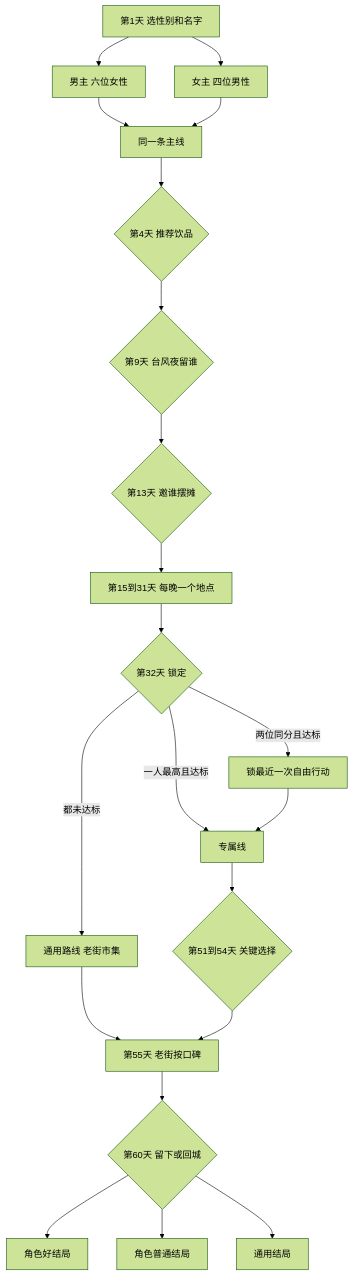
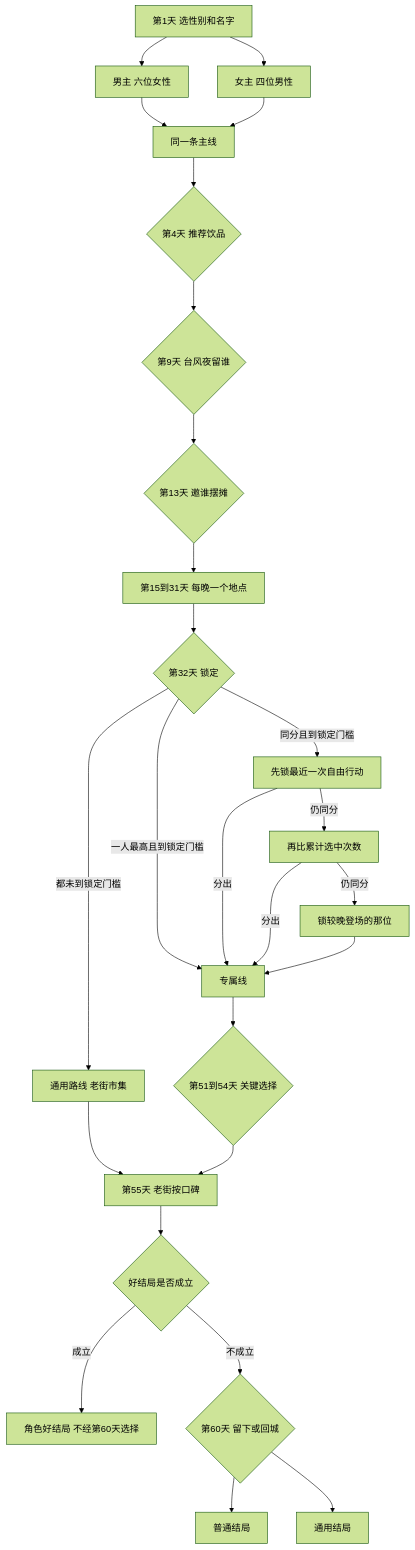
One commit to GmhLovEDM/grok-prototype changed the first of 2 diagrams in projects/seaside-cafe/01-planning/branching.md. Above: the diagram before and after it, drawn with Mermaid (forest theme). The commit also changed other lines of this file and 18 other files, not shown here.

````diff
--- a/projects/seaside-cafe/01-planning/branching.md
+++ b/projects/seaside-cafe/01-planning/branching.md
@@ -108,23 +108,28 @@
 ```mermaid
 flowchart TD
   open[第1天 选性别和名字] --> male[男主 六位女性]
   open --> female[女主 四位男性]
   male --> spine[同一条主线]
   female --> spine
   spine --> d4{第4天 推荐饮品}
   d4 --> d9{第9天 台风夜留谁}
   d9 --> d13{第13天 邀谁摆摊}
   d13 --> roam[第15到31天 每晚一个地点]
   roam --> lock{第32天 锁定}
-  lock -->|一人最高且达标| route[专属线]
-  lock -->|两位同分且达标| tie[锁最近一次自由行动]
-  lock -->|都未达标| generic[通用路线 老街市集]
-  tie --> route
+  lock -->|一人最高且到锁定门槛| route[专属线]
+  lock -->|同分且到锁定门槛| recent[先锁最近一次自由行动]
+  lock -->|都未到锁定门槛| generic[通用路线 老街市集]
+  recent -->|仍同分| count[再比累计选中次数]
+  recent -->|分出| route
+  count -->|仍同分| later[锁较晚登场的那位]
+  count -->|分出| route
+  later --> route
   route --> key{第51到54天 关键选择}
   generic --> street[第55天 老街按口碑]
   key --> street
-  street --> last{第60天 留下或回城}
-  last --> good[角色好结局]
-  last --> normal[角色普通结局]
+  street --> judge{好结局是否成立}
+  judge -->|成立| good[角色好结局 不经第60天选择]
+  judge -->|不成立| last{第60天 留下或回城}
+  last --> normal[普通结局]
   last --> plain[通用结局]
 ```
````
